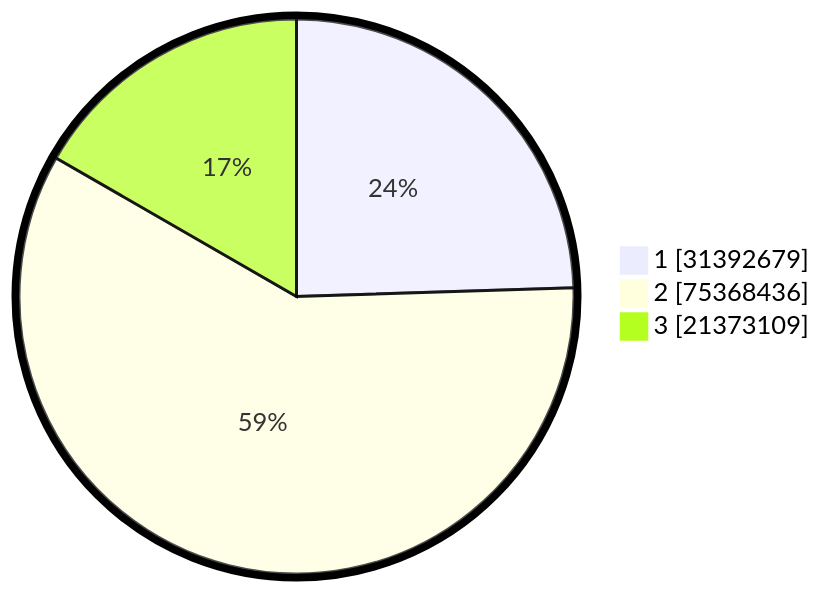
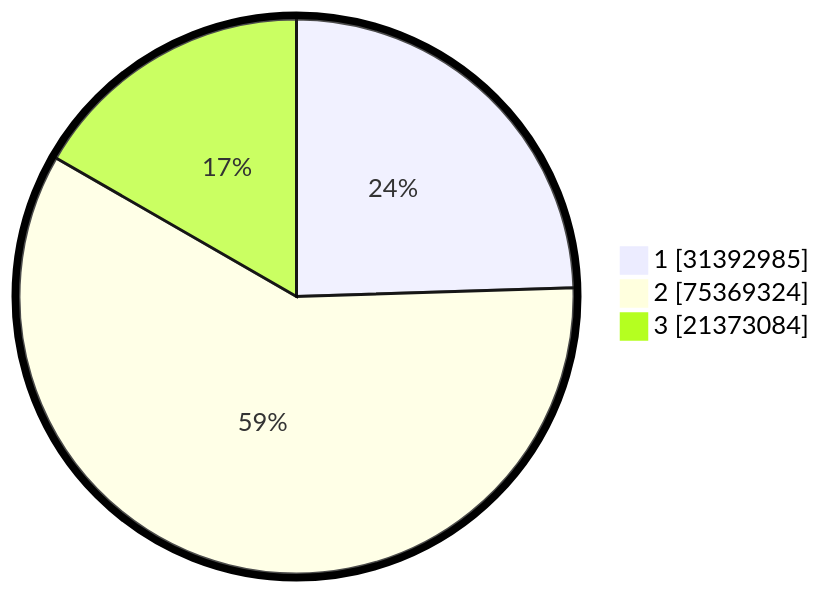
The second of 2 diagrams in pilpres/hitung-suara/README.md (gigit-pemilu/pemilu-2024), drawn with Mermaid before and after one commit. The commit also changed other lines of this file and 10 other files, not shown here.

````diff
--- a/pilpres/hitung-suara/README.md
+++ b/pilpres/hitung-suara/README.md
@@ -93,7 +93,7 @@
 ```mermaid
 %%{init: {"pie": {"textPosition": 0.5}, "themeVariables": {"pieOuterStrokeWidth": "5px"}} }%%
 pie showData
-    "1" : 31392679
-    "2" : 75368436
-    "3" : 21373109
+    "1" : 31392985
+    "2" : 75369324
+    "3" : 21373084
 ```
````
